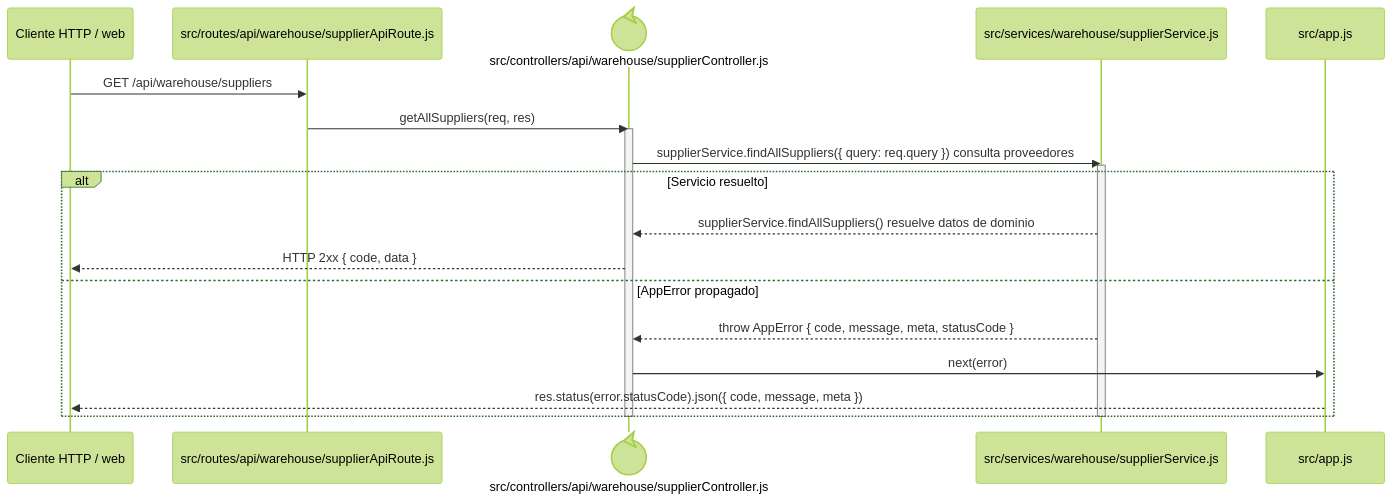
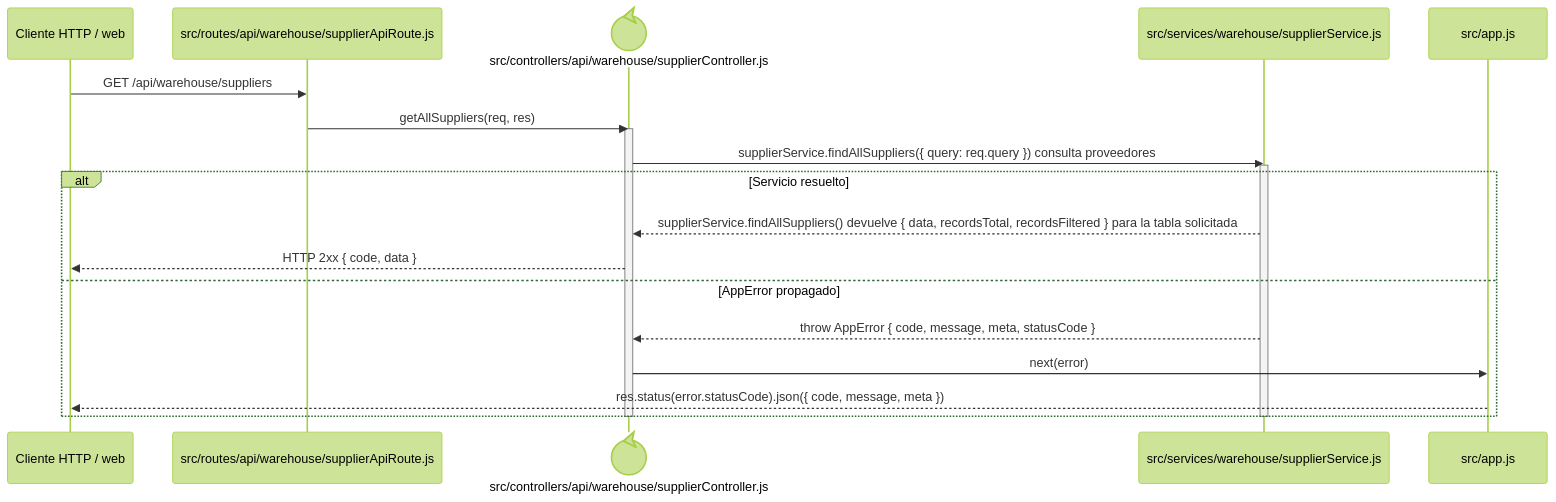
The diagram in docs/architecture/backend-code-sequences/catalogs/cu-cat-01.md (gpgsistemas01/nexus), drawn with Mermaid (forest theme) before and after one commit. The commit also changed 102 other files, not shown here.

````diff
--- a/docs/architecture/backend-code-sequences/catalogs/cu-cat-01.md
+++ b/docs/architecture/backend-code-sequences/catalogs/cu-cat-01.md
@@ -6,24 +6,24 @@
 ```mermaid
 sequenceDiagram
     participant Client as Cliente HTTP / web
     participant Route as src/routes/api/warehouse/supplierApiRoute.js
     participant Controller@{ "type": "control" } as src/controllers/api/warehouse/supplierController.js
     participant Domain as src/services/warehouse/supplierService.js
     participant ErrorHandler as src/app.js
 
     Client->>Route: GET /api/warehouse/suppliers
     Route->>Controller: getAllSuppliers(req, res)
     activate Controller
     Controller->>Domain: supplierService.findAllSuppliers({ query: req.query }) consulta proveedores
     activate Domain
     alt Servicio resuelto
-        Domain-->>Controller: supplierService.findAllSuppliers() resuelve datos de dominio
+        Domain-->>Controller: supplierService.findAllSuppliers() devuelve { data, recordsTotal, recordsFiltered } para la tabla solicitada
         Controller-->>Client: HTTP 2xx { code, data }
     else AppError propagado
         Domain-->>Controller: throw AppError { code, message, meta, statusCode }
         Controller->>ErrorHandler: next(error)
         ErrorHandler-->>Client: res.status(error.statusCode).json({ code, message, meta })
     end
     deactivate Domain
     deactivate Controller
 ```
````
